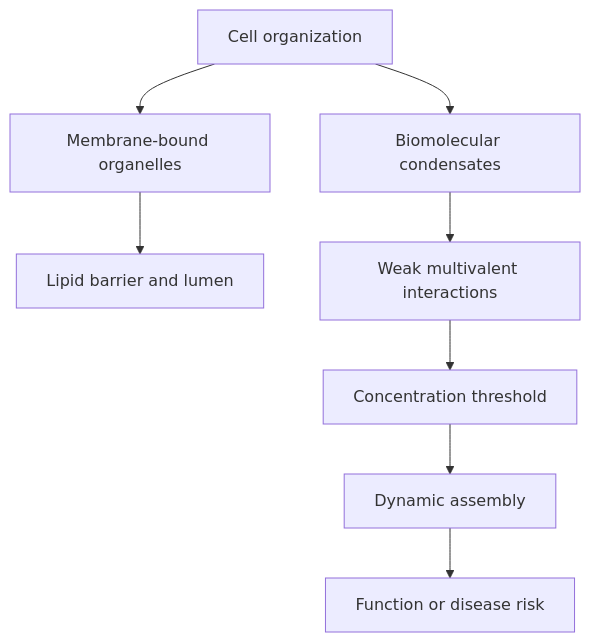
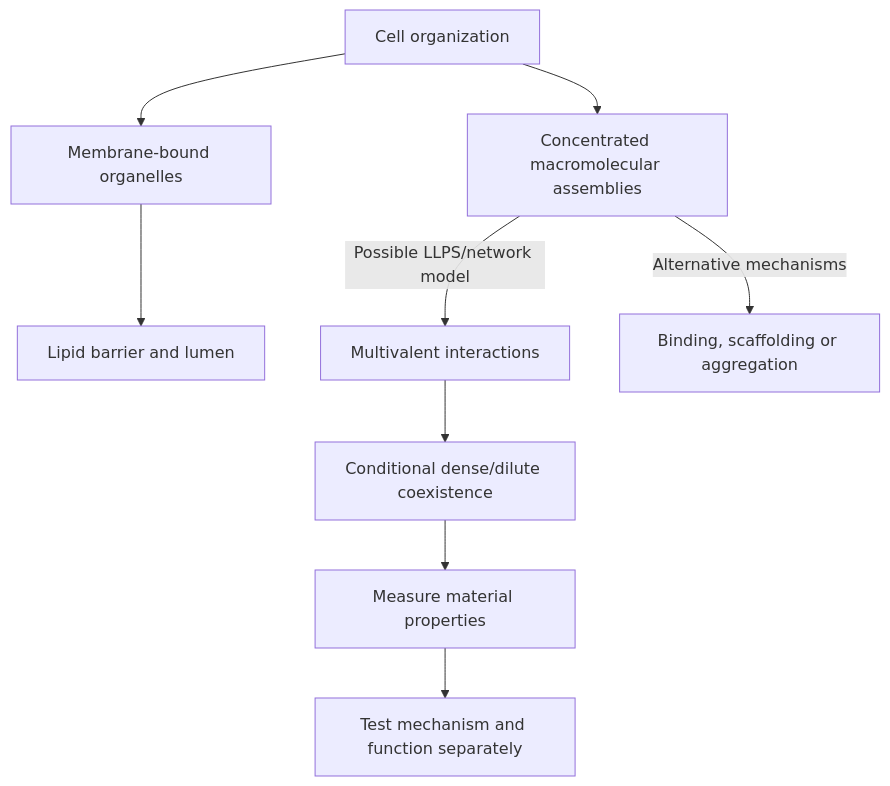
The fourth of 4 diagrams in docs/manuscript/unit_II/cell_structure.md (docxology/biology_textbook), drawn with Mermaid before and after one commit. The commit also changed other lines of this file and 444 other files, not shown here.

````diff
--- a/docs/manuscript/unit_II/cell_structure.md
+++ b/docs/manuscript/unit_II/cell_structure.md
@@ -738,10 +738,11 @@
 ```mermaid
 flowchart TD
     A["Cell organization"] --> B["Membrane-bound organelles"]
-    A --> C["Biomolecular condensates"]
+    A --> C["Concentrated macromolecular assemblies"]
     B --> D["Lipid barrier and lumen"]
-    C --> E["Weak multivalent interactions"]
-    E --> F["Concentration threshold"]
-    F --> G["Dynamic assembly"]
-    G --> H["Function or disease risk"]
+    C -- "Possible LLPS/network model" --> E["Multivalent interactions"]
+    E --> F["Conditional dense/dilute coexistence"]
+    C -- "Alternative mechanisms" --> I["Binding, scaffolding or aggregation"]
+    F --> G["Measure material properties"]
+    G --> H["Test mechanism and function separately"]
 ```
````
